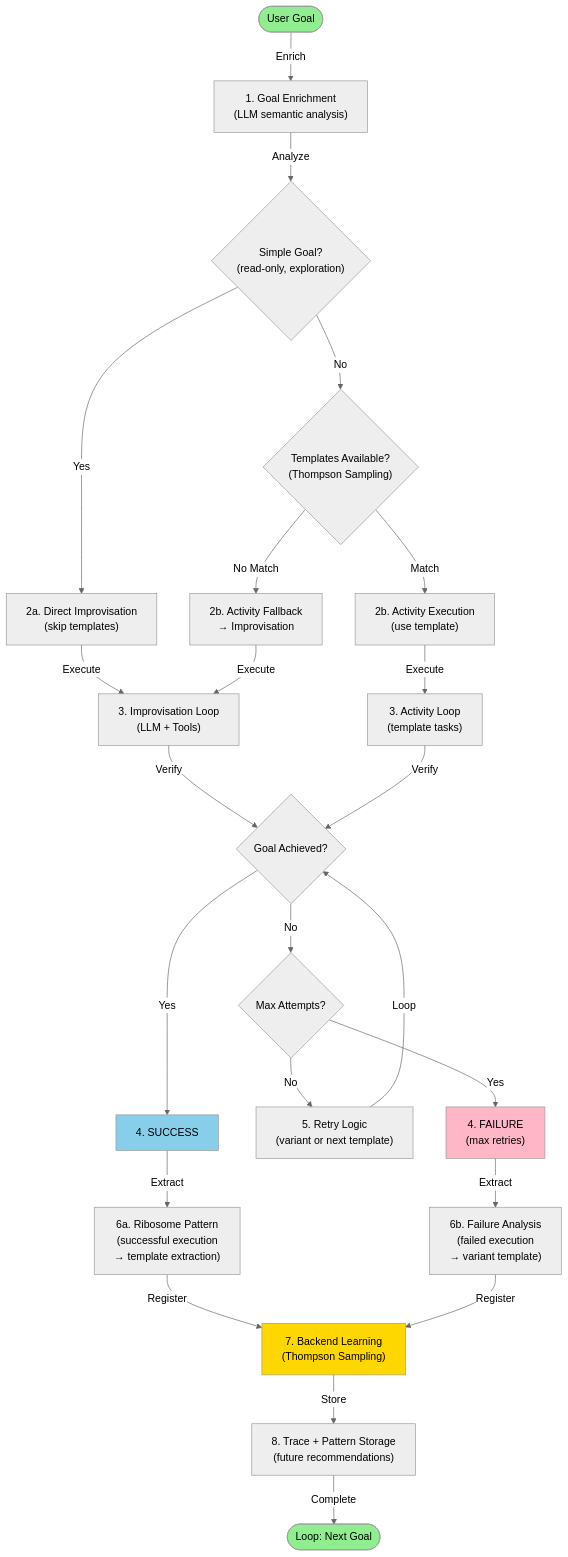
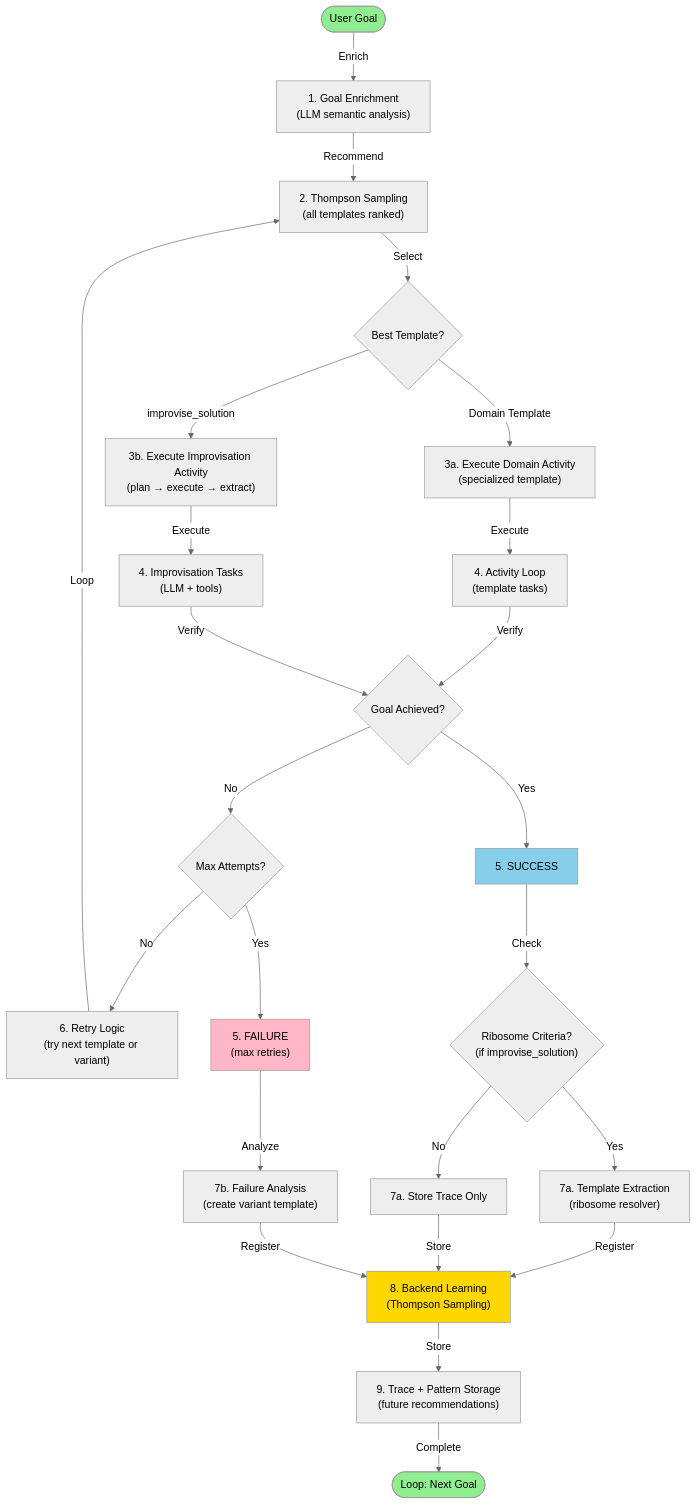
One commit to AviGopal/substrate changed the eighth of 8 diagrams in docs/architecture/sequences/04-improvisation-trailblazing.md. Above: the diagram before and after it, drawn with Mermaid (neutral theme). The commit also changed other lines of this file and 3 other files, not shown here.

First line of the commit message:
docs(architecture): update sequence diagrams for composition-based architecture

````diff
--- a/docs/architecture/sequences/04-improvisation-trailblazing.md
+++ b/docs/architecture/sequences/04-improvisation-trailblazing.md
@@ -546,43 +696,45 @@
 ```mermaid
 graph TB
     Start([User Goal]) -->|Enrich| A["1. Goal Enrichment<br/>(LLM semantic analysis)"]
 
-    A -->|Analyze| B{"Simple Goal?<br/>(read-only, exploration)"}
+    A -->|Recommend| B["2. Thompson Sampling<br/>(all templates ranked)"]
 
-    B -->|Yes| C["2a. Direct Improvisation<br/>(skip templates)"]
-    B -->|No| D{"Templates Available?<br/>(Thompson Sampling)"}
+    B -->|Select| C{"Best Template?"}
 
-    D -->|No Match| E["2b. Activity Fallback<br/>→ Improvisation"]
-    D -->|Match| F["2b. Activity Execution<br/>(use template)"]
+    C -->|Domain Template| D["3a. Execute Domain Activity<br/>(specialized template)"]
+    C -->|improvise_solution| E["3b. Execute Improvisation Activity<br/>(plan → execute → extract)"]
 
-    C -->|Execute| G["3. Improvisation Loop<br/>(LLM + Tools)"]
-    E -->|Execute| G
-    F -->|Execute| H["3. Activity Loop<br/>(template tasks)"]
+    D -->|Execute| F["4. Activity Loop<br/>(template tasks)"]
+    E -->|Execute| G["4. Improvisation Tasks<br/>(LLM + tools)"]
 
-    G -->|Verify| I{"Goal Achieved?"}
-    H -->|Verify| I
+    F -->|Verify| H{"Goal Achieved?"}
+    G -->|Verify| H
 
-    I -->|No| J{"Max Attempts?"}
-    I -->|Yes| K["4. SUCCESS"]
+    H -->|No| I{"Max Attempts?"}
+    H -->|Yes| J["5. SUCCESS"]
 
-    J -->|No| L["5. Retry Logic<br/>(variant or next template)"]
-    J -->|Yes| M["4. FAILURE<br/>(max retries)"]
+    I -->|No| K["6. Retry Logic<br/>(try next template or variant)"]
+    I -->|Yes| L["5. FAILURE<br/>(max retries)"]
 
-    L -->|Loop| I
+    K -->|Loop| B
 
-    K -->|Extract| N["6a. Ribosome Pattern<br/>(successful execution<br/>→ template extraction)"]
-    M -->|Extract| O["6b. Failure Analysis<br/>(failed execution<br/>→ variant template)"]
+    J -->|Check| M{"Ribosome Criteria?<br/>(if improvise_solution)"}
+    M -->|Yes| N["7a. Template Extraction<br/>(ribosome resolver)"]
+    M -->|No| O["7a. Store Trace Only"]
 
-    N -->|Register| P["7. Backend Learning<br/>(Thompson Sampling)"]
-    O -->|Register| P
+    L -->|Analyze| P["7b. Failure Analysis<br/>(create variant template)"]
 
-    P -->|Store| Q["8. Trace + Pattern Storage<br/>(future recommendations)"]
+    N -->|Register| Q["8. Backend Learning<br/>(Thompson Sampling)"]
+    O -->|Store| Q
+    P -->|Register| Q
 
-    Q -->|Complete| R([Loop: Next Goal])
+    Q -->|Store| R["9. Trace + Pattern Storage<br/>(future recommendations)"]
+
+    R -->|Complete| S([Loop: Next Goal])
 
     style Start fill:#90EE90
-    style K fill:#87CEEB
-    style M fill:#FFB6C6
-    style P fill:#FFD700
-    style R fill:#90EE90
+    style J fill:#87CEEB
+    style L fill:#FFB6C6
+    style Q fill:#FFD700
+    style S fill:#90EE90
 ```
````
